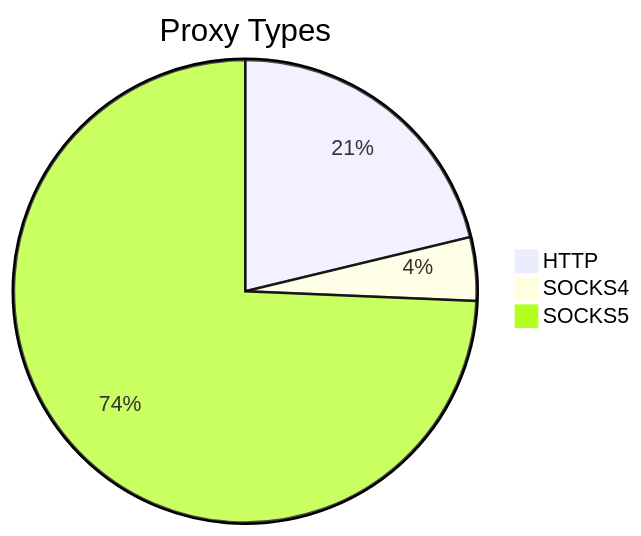
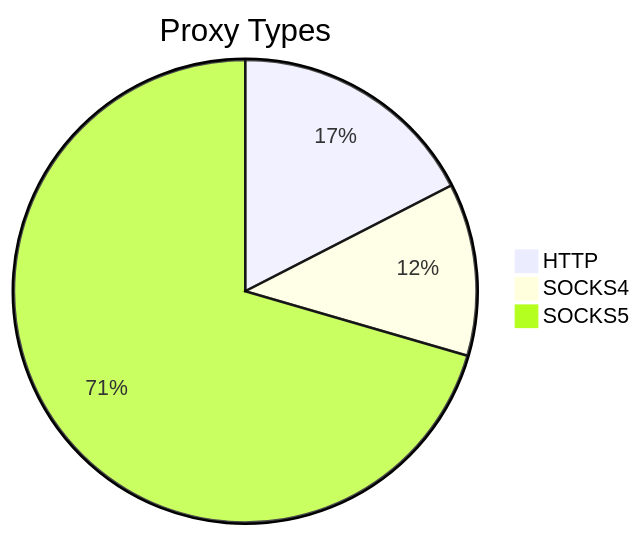
Before and after one commit to stormsia/proxy-list: the first of 2 diagrams in README.md, drawn with Mermaid. The commit also changed other lines of this file, not shown here.

````diff
--- a/README.md
+++ b/README.md
@@ -21,6 +21,6 @@
 ```mermaid
 pie title Proxy Types
-    "HTTP" : 72
-    "SOCKS4" : 15
-    "SOCKS5" : 252
+    "HTTP" : 97
+    "SOCKS4" : 67
+    "SOCKS5" : 392
 ```
````
